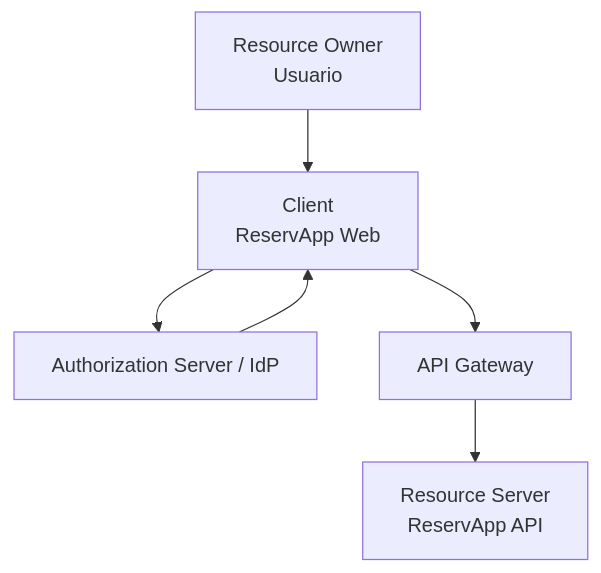
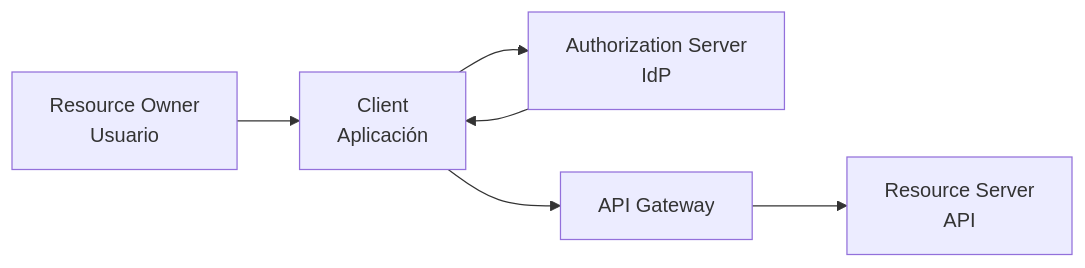
One commit to cmartinezs/DSY1107-DESARROLLO-CLOUD-NATIVE-I-2026-2 changed the fourth of 8 diagrams in semanas/semana-02/01-oauth2-oidc.md. Above: the diagram before and after it, drawn with Mermaid. The commit also changed other lines of this file, not shown here.

Commit message:
docs: fix OAuth/OIDC pedagogy and GitHub-safe Mermaid

````diff
--- a/semanas/semana-02/01-oauth2-oidc.md
+++ b/semanas/semana-02/01-oauth2-oidc.md
@@ -315,14 +114,8 @@
 ```mermaid
-flowchart TB
-    U[Resource Owner\nUsuario]
-    C[Client\nReservApp Web]
-    AS[Authorization Server / IdP]
-    G[API Gateway]
-    RS[Resource Server\nReservApp API]
-
-    U --> C
-    C --> AS
+flowchart LR
+    U["Resource Owner<br/>Usuario"] --> C["Client<br/>Aplicación"]
+    C --> AS["Authorization Server<br/>IdP"]
     AS --> C
-    C --> G
-    G --> RS
+    C --> G["API Gateway"]
+    G --> RS["Resource Server<br/>API"]
 ```
````
